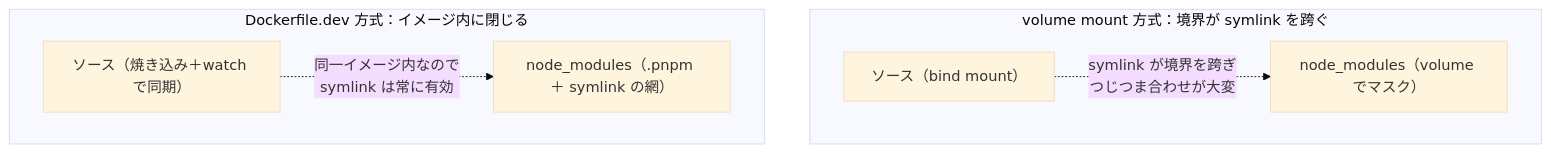
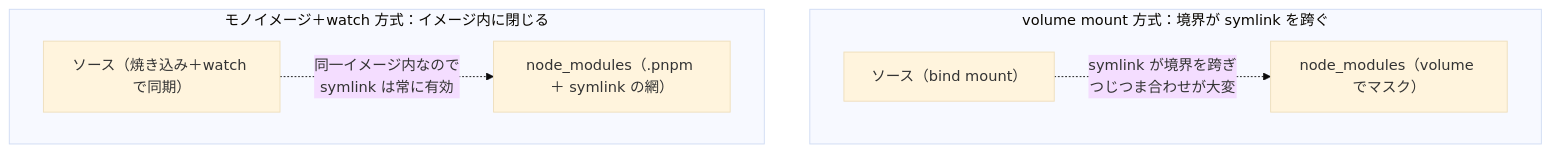
The third of 3 diagrams in articles/pnpm-monorepo-docker-compose-watch.md (Daiius/zenn-articles), drawn with Mermaid (base theme) before and after one commit. The commit also changed other lines of this file, not shown here.

Commit message:
「モノイメージ＋watch 方式」の呼称を導入し、Dockerfile.dev と watch の二本柱を記事全体で一貫させる

````diff
--- a/articles/pnpm-monorepo-docker-compose-watch.md
+++ b/articles/pnpm-monorepo-docker-compose-watch.md
@@ -107,13 +108,13 @@
 ```mermaid
 graph TB
     subgraph V["volume mount 方式：境界が symlink を跨ぐ"]
         v1["ソース（bind mount）"]
         v2["node_modules（volume でマスク）"]
         v1 -. "symlink が境界を跨ぎ<br/>つじつま合わせが大変" .-> v2
     end
-    subgraph I["Dockerfile.dev 方式：イメージ内に閉じる"]
+    subgraph I["モノイメージ＋watch 方式：イメージ内に閉じる"]
         i1["ソース（焼き込み＋watch で同期）"]
         i2["node_modules（.pnpm ＋ symlink の網）"]
         i1 -. "同一イメージ内なので<br/>symlink は常に有効" .-> i2
     end
 ```
````
